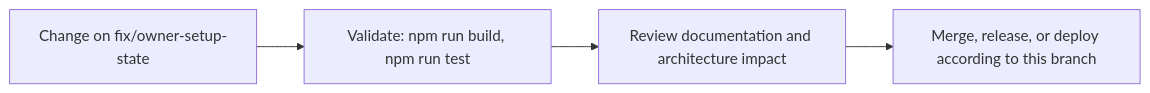
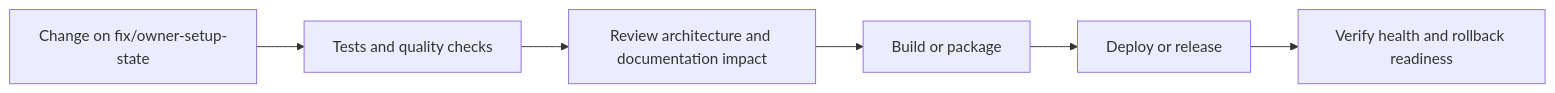
Before and after one commit to Nischhalsubba/Formcraft: the sixth of 7 diagrams in README.md, drawn with Mermaid. The commit also changed other lines of this file, not shown here.

````diff
--- a/README.md
+++ b/README.md
@@ -64,8 +172,8 @@
 ```mermaid
 flowchart LR
-    CHANGE["Change on fix/owner-setup-state"]
-    CHECK["Validate: npm run build, npm run test"]
-    REVIEW["Review documentation and architecture impact"]
-    RELEASE["Merge, release, or deploy according to this branch"]
-    CHANGE --> CHECK --> REVIEW --> RELEASE
+    CHANGE["Change on fix/owner-setup-state"] --> CHECK["Tests and quality checks"]
+    CHECK --> REVIEW["Review architecture and documentation impact"]
+    REVIEW --> BUILD["Build or package"]
+    BUILD --> DEPLOY["Deploy or release"]
+    DEPLOY --> VERIFY["Verify health and rollback readiness"]
 ```
````
